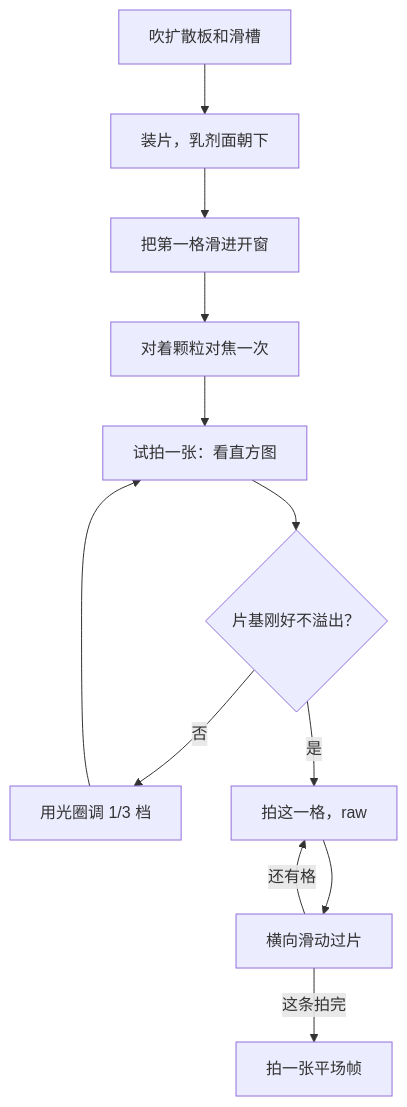
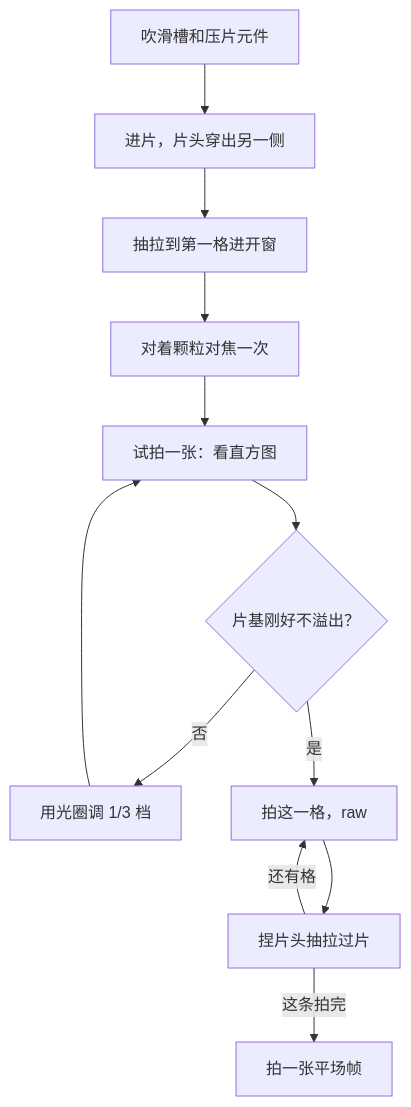
Before and after one commit to Neoanaloglab/Neobox: the diagram in docs/scanning.zh-CN.md, drawn with Mermaid. The commit also changed other lines of this file and 30 other files, not shown here.

````diff
--- a/docs/scanning.zh-CN.md
+++ b/docs/scanning.zh-CN.md
@@ -218,14 +230,14 @@
 ```mermaid
 flowchart TD
-    A[吹扩散板和滑槽] --> B[装片，乳剂面朝下]
-    B --> C[把第一格滑进开窗]
+    A[吹滑槽和压片元件] --> B[进片，片头穿出另一侧]
+    B --> C[抽拉到第一格进开窗]
     C --> D[对着颗粒对焦一次]
     D --> E[试拍一张：看直方图]
     E --> F{片基刚好不溢出？}
     F -- 否 --> G[用光圈调 1/3 档]
     G --> E
     F -- 是 --> H[拍这一格，raw]
-    H --> I[横向滑动过片]
+    H --> I[捏片头抽拉过片]
     I -->|还有格| H
     I -->|这条拍完| J[拍一张平场帧]
 ```
````
